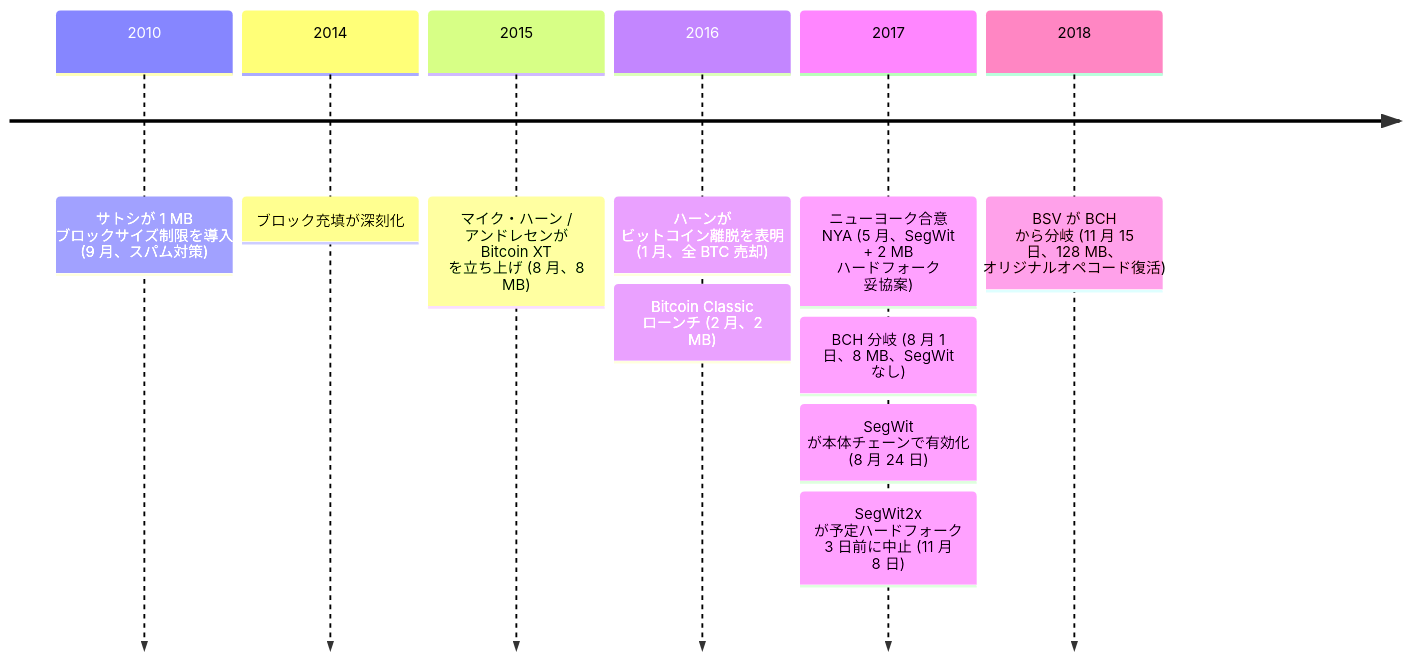
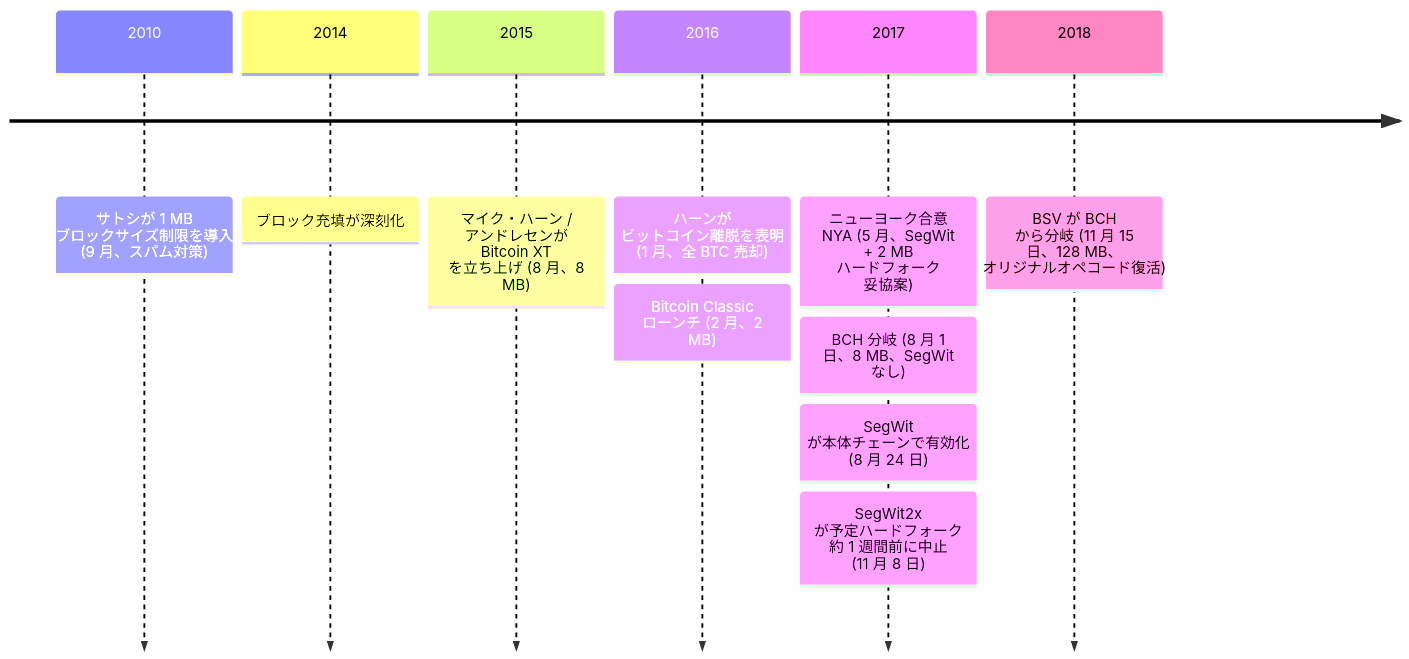
Before and after one commit to cypher256/BitcoinArchive: the diagram in src/data/translations/ja/analysis/2008-10-31-bitcoin-fork-and-altcoin-genealogy.md, drawn with Mermaid. The commit also changed other lines of this file and 16 other files, not shown here.

````diff
--- a/src/data/translations/ja/analysis/2008-10-31-bitcoin-fork-and-altcoin-genealogy.md
+++ b/src/data/translations/ja/analysis/2008-10-31-bitcoin-fork-and-altcoin-genealogy.md
@@ -130,20 +130,20 @@
 ```mermaid
 timeline
     2010 : サトシが 1 MB ブロックサイズ制限を導入 (9 月、スパム対策)
     %% link: /BitcoinArchive/ja/entries/forum/bitcointalk/topic-1347/2010-10-03-re-increase-block-size-limit/
     2014 : ブロック充填が深刻化
     2015 : マイク・ハーン / アンドレセンが Bitcoin XT を立ち上げ (8 月、8 MB)
     %% link: /BitcoinArchive/ja/entries/aftermath/2015-08-15-bitcoin-xt-launch/
     2016 : ハーンが ビットコイン離脱を表明 (1 月、全 BTC 売却)
     %% link: /BitcoinArchive/ja/entries/aftermath/2016-01-14-mike-hearn-resolution-bitcoin-experiment/
          : Bitcoin Classic ローンチ (2 月、2 MB)
     2017 : ニューヨーク合意 NYA (5 月、SegWit + 2 MB ハードフォーク 妥協案)
          : BCH 分岐 (8 月 1 日、8 MB、SegWit なし)
     %% link: /BitcoinArchive/ja/entries/aftermath/2017-08-01-bitcoin-cash-fork/
          : SegWit が本体チェーンで有効化 (8 月 24 日)
     %% link: /BitcoinArchive/ja/entries/bip/2015-12-21-bip-0141/
-         : SegWit2x が予定ハードフォーク 3 日前に中止 (11 月 8 日)
+         : SegWit2x が予定ハードフォーク 約 1 週間前に中止 (11 月 8 日)
     %% link: /BitcoinArchive/ja/entries/aftermath/2017-11-08-segwit2x-cancellation/
     2018 : BSV が BCH から分岐 (11 月 15 日、128 MB、 オリジナルオペコード復活)
     %% link: /BitcoinArchive/ja/entries/aftermath/2018-11-15-bitcoin-sv-fork/
 ```
````
